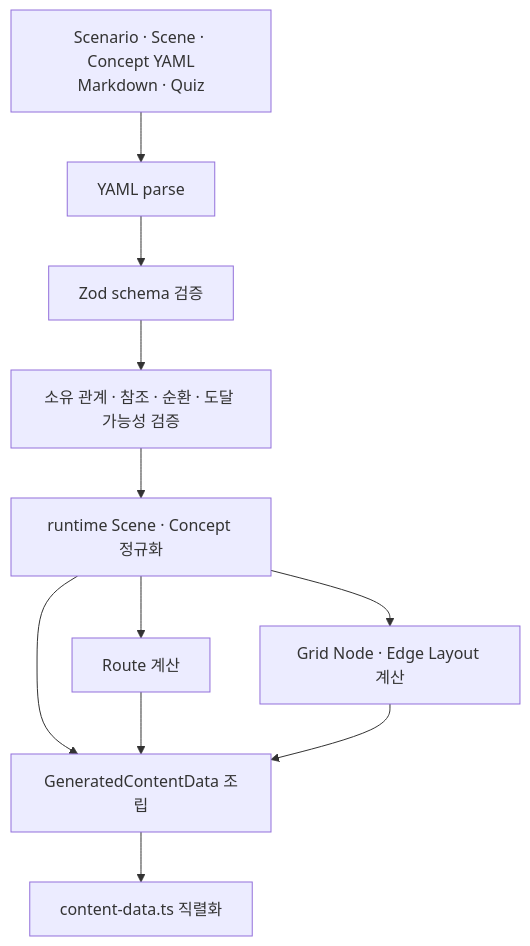
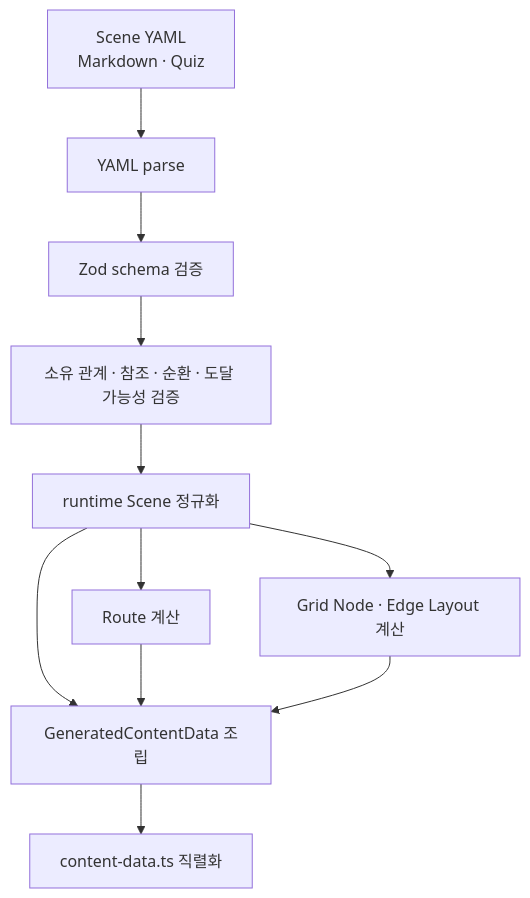
One commit to goldapple-ce/CS-Map changed the third of 5 diagrams in docs/ARCHITECTURE.md. Above: the diagram before and after it, drawn with Mermaid. The commit also changed other lines of this file and 30 other files, not shown here.

````diff
--- a/docs/ARCHITECTURE.md
+++ b/docs/ARCHITECTURE.md
@@ -96,20 +95,20 @@
 ```mermaid
 flowchart TD
-    Files["Scenario · Scene · Concept YAML<br/>Markdown · Quiz"]
+    Files["Scene YAML<br/>Markdown · Quiz"]
     Parse["YAML parse"]
     Schema["Zod schema 검증"]
     Graph["소유 관계 · 참조 · 순환 · 도달 가능성 검증"]
-    Normalize["runtime Scene · Concept 정규화"]
+    Normalize["runtime Scene 정규화"]
     Route["Route 계산"]
     Layout["Grid Node · Edge Layout 계산"]
     Assemble["GeneratedContentData 조립"]
     Output["content-data.ts 직렬화"]
 
     Files --> Parse --> Schema --> Graph --> Normalize
     Normalize --> Route
     Normalize --> Layout
     Normalize --> Assemble
     Route --> Assemble
     Layout --> Assemble
     Assemble --> Output
 ```
````
